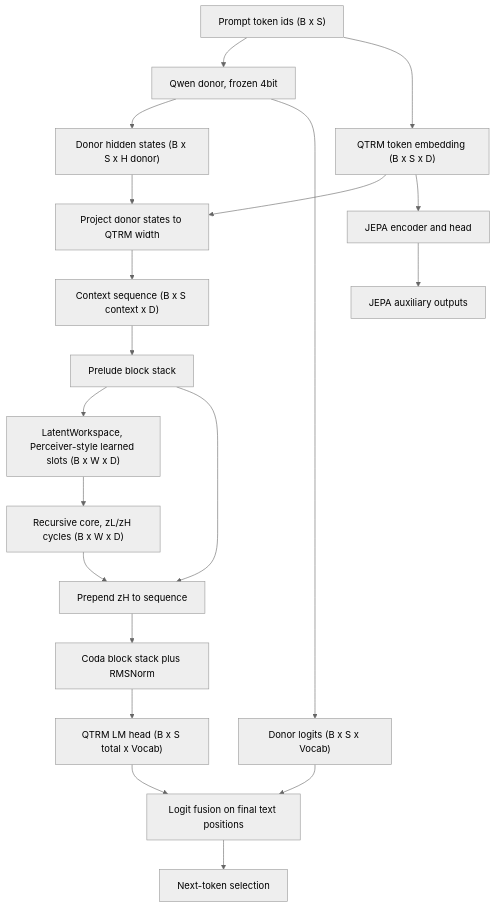
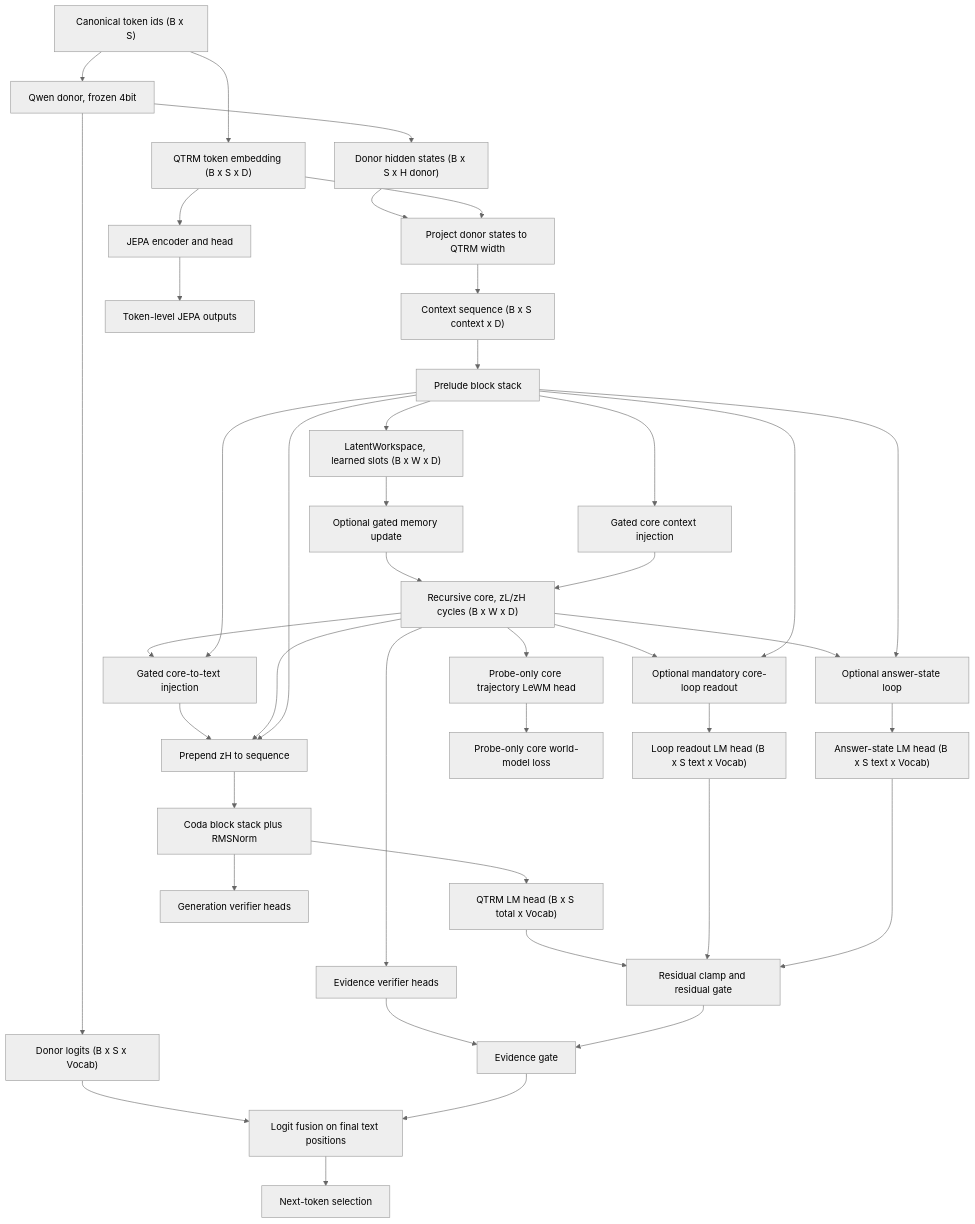
Before and after one commit to edu-ide/wgram-lm: the first of 8 diagrams in docs/wiki/architecture/qtrm-forward-pass.md, drawn with Mermaid (neutral theme). The commit also changed other lines of this file and 426 other files, not shown here.

Commit message:
docs: record reasoning architecture experiments

````diff
--- a/docs/wiki/architecture/qtrm-forward-pass.md
+++ b/docs/wiki/architecture/qtrm-forward-pass.md
@@ -66,28 +123,49 @@
 ```mermaid
 flowchart TD
-    A["Prompt token ids (B x S)"] --> B["Qwen donor, frozen 4bit"]
+    A["Canonical token ids (B x S)"] --> B["Qwen donor, frozen 4bit"]
     A --> C["QTRM token embedding (B x S x D)"]
 
     B --> D["Donor hidden states (B x S x H donor)"]
     B --> E["Donor logits (B x S x Vocab)"]
 
     D --> F["Project donor states to QTRM width"]
     C --> F
     F --> G["Context sequence (B x S context x D)"]
 
     G --> H["Prelude block stack"]
-    H --> I["LatentWorkspace, Perceiver-style learned slots (B x W x D)"]
-    I --> J["Recursive core, zL/zH cycles (B x W x D)"]
+    H --> I["LatentWorkspace, learned slots (B x W x D)"]
+    I --> IG["Optional gated memory update"]
+    IG --> J["Recursive core, zL/zH cycles (B x W x D)"]
+    H --> CJ["Gated core context injection"]
+    CJ --> J
 
-    J --> K["Prepend zH to sequence"]
+    J --> EB["Evidence verifier heads"]
+    EB --> EG["Evidence gate"]
+    J --> CT["Gated core-to-text injection"]
+    H --> CT
+    CT --> K["Prepend zH to sequence"]
+    J --> K
     H --> K
+    J --> LR["Optional mandatory core-loop readout"]
+    H --> LR
+    J --> ASL["Optional answer-state loop"]
+    H --> ASL
     K --> L["Coda block stack plus RMSNorm"]
     L --> M["QTRM LM head (B x S total x Vocab)"]
+    LR --> MR["Loop readout LM head (B x S text x Vocab)"]
+    ASL --> AMR["Answer-state LM head (B x S text x Vocab)"]
+    L --> GV["Generation verifier heads"]
+    M --> RG["Residual clamp and residual gate"]
+    MR --> RG
+    AMR --> RG
+    RG --> EG
 
     E --> N["Logit fusion on final text positions"]
-    M --> N
+    EG --> N
     N --> O["Next-token selection"]
 
     C --> P["JEPA encoder and head"]
-    P --> Q["JEPA auxiliary outputs"]
+    P --> Q["Token-level JEPA outputs"]
+    J --> CW["Probe-only core trajectory LeWM head"]
+    CW --> CL["Probe-only core world-model loss"]
 ```
````
